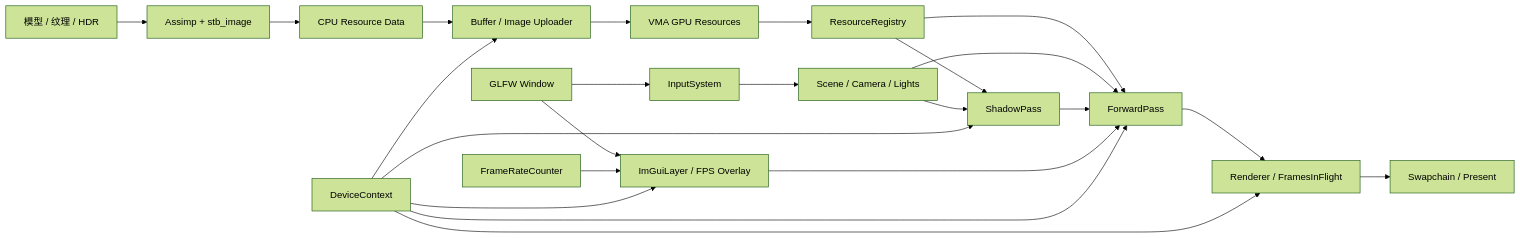
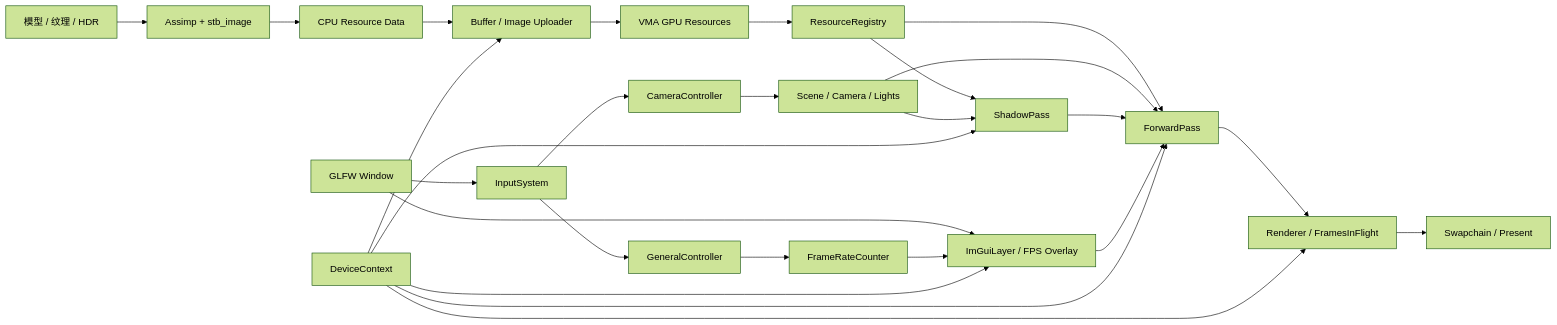
Before and after one commit to th1nk2r-git/th1nk2r_renderer: the diagram in README.md, drawn with Mermaid (forest theme). The commit also changed other lines of this file and 9 other files, not shown here.

````diff
--- a/README.md
+++ b/README.md
@@ -72,27 +74,30 @@
 ```mermaid
 flowchart LR
     Assets["模型 / 纹理 / HDR"] --> IO["Assimp + stb_image"]
     IO --> CPU["CPU Resource Data"]
     CPU --> Upload["Buffer / Image Uploader"]
     Upload --> GPU["VMA GPU Resources"]
     GPU --> Registry["ResourceRegistry"]
 
     Window["GLFW Window"] --> Input["InputSystem"]
-    Input --> Scene["Scene / Camera / Lights"]
+    Input --> Camera["CameraController"]
+    Camera --> Scene["Scene / Camera / Lights"]
+    Input --> General["GeneralController"]
+    General --> FPS
     Window --> UI["ImGuiLayer / FPS Overlay"]
     FPS["FrameRateCounter"] --> UI
     Registry --> Shadow["ShadowPass"]
     Scene --> Shadow
     Registry --> Forward["ForwardPass"]
     Scene --> Forward
     Shadow --> Forward
     UI --> Forward
     Forward --> Renderer["Renderer / FramesInFlight"]
     Renderer --> Swapchain["Swapchain / Present"]
 
     Device["DeviceContext"] --> Upload
     Device --> Shadow
     Device --> Forward
     Device --> UI
     Device --> Renderer
 ```
````
